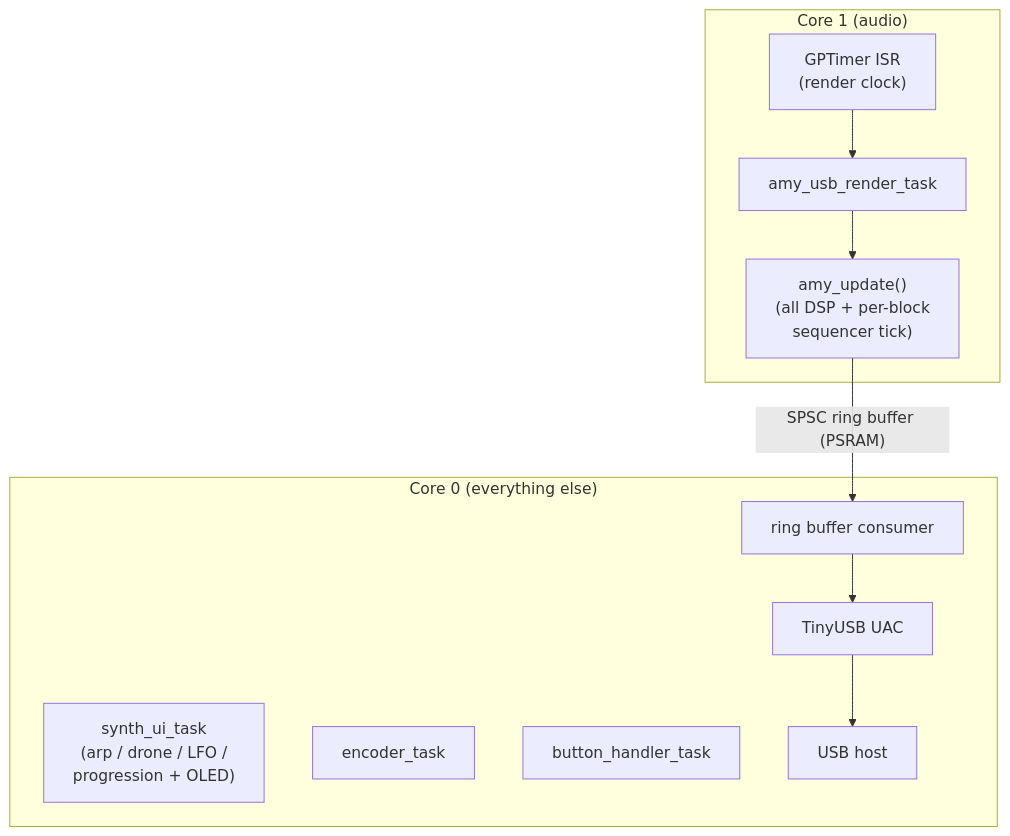
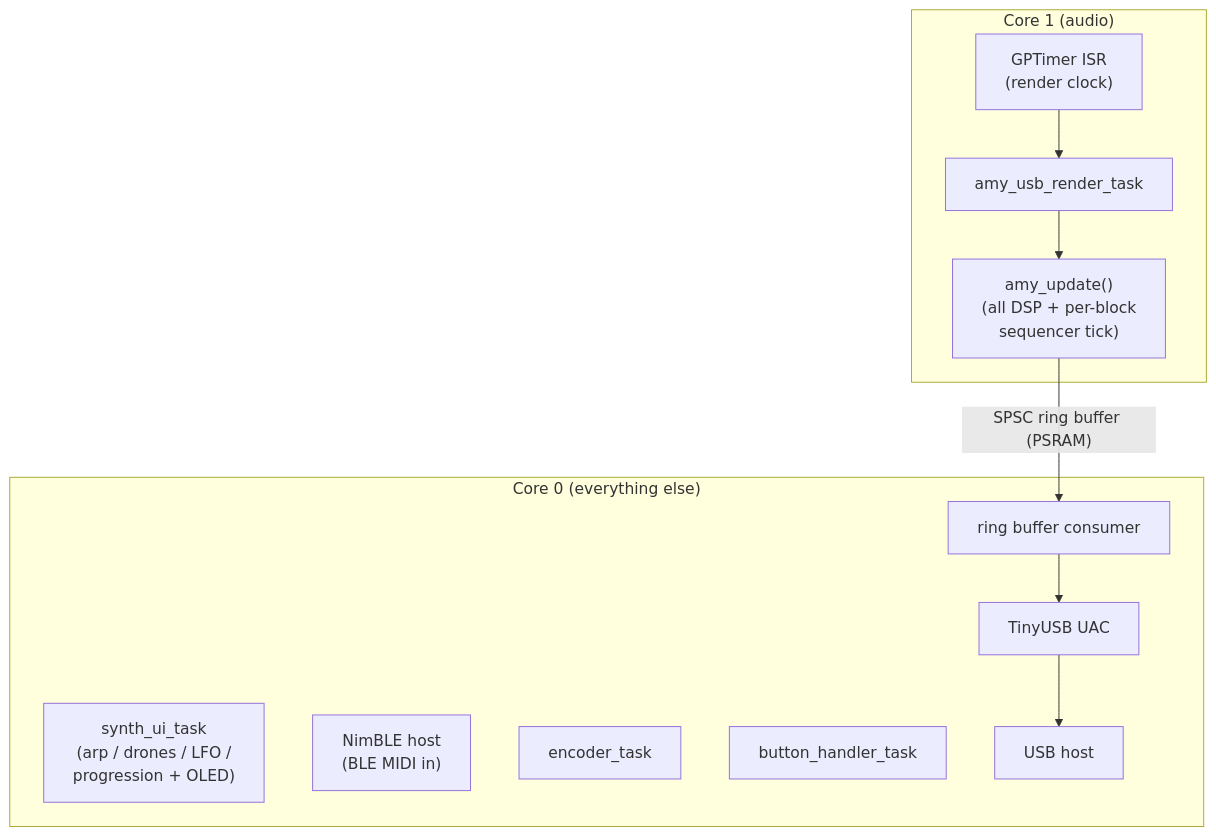
The first of 3 diagrams in README.md (cxandy/S3-Amysynth), drawn with Mermaid before and after one commit. The commit also changed other lines of this file, not shown here.

````diff
--- a/README.md
+++ b/README.md
@@ -106,21 +144,22 @@
 ```mermaid
 flowchart TD
     subgraph Core1["Core 1 (audio)"]
         Timer["GPTimer ISR<br/>(render clock)"]
         Render["amy_usb_render_task"]
         Update["amy_update()<br/>(all DSP + per-block<br/>sequencer tick)"]
         Timer --> Render --> Update
     end
 
     subgraph Core0["Core 0 (everything else)"]
-        UITask["synth_ui_task<br/>(arp / drone / LFO /<br/>progression + OLED)"]
+        UITask["synth_ui_task<br/>(arp / drones / LFO /<br/>progression + OLED)"]
+        BLE["NimBLE host<br/>(BLE MIDI in)"]
         Encoder["encoder_task"]
         Buttons["button_handler_task"]
         Consumer["ring buffer consumer"]
         UAC["TinyUSB UAC"]
         Host["USB host"]
         Consumer --> UAC --> Host
     end
 
     Update -- "SPSC ring buffer (PSRAM)" --> Consumer
 ```
````
